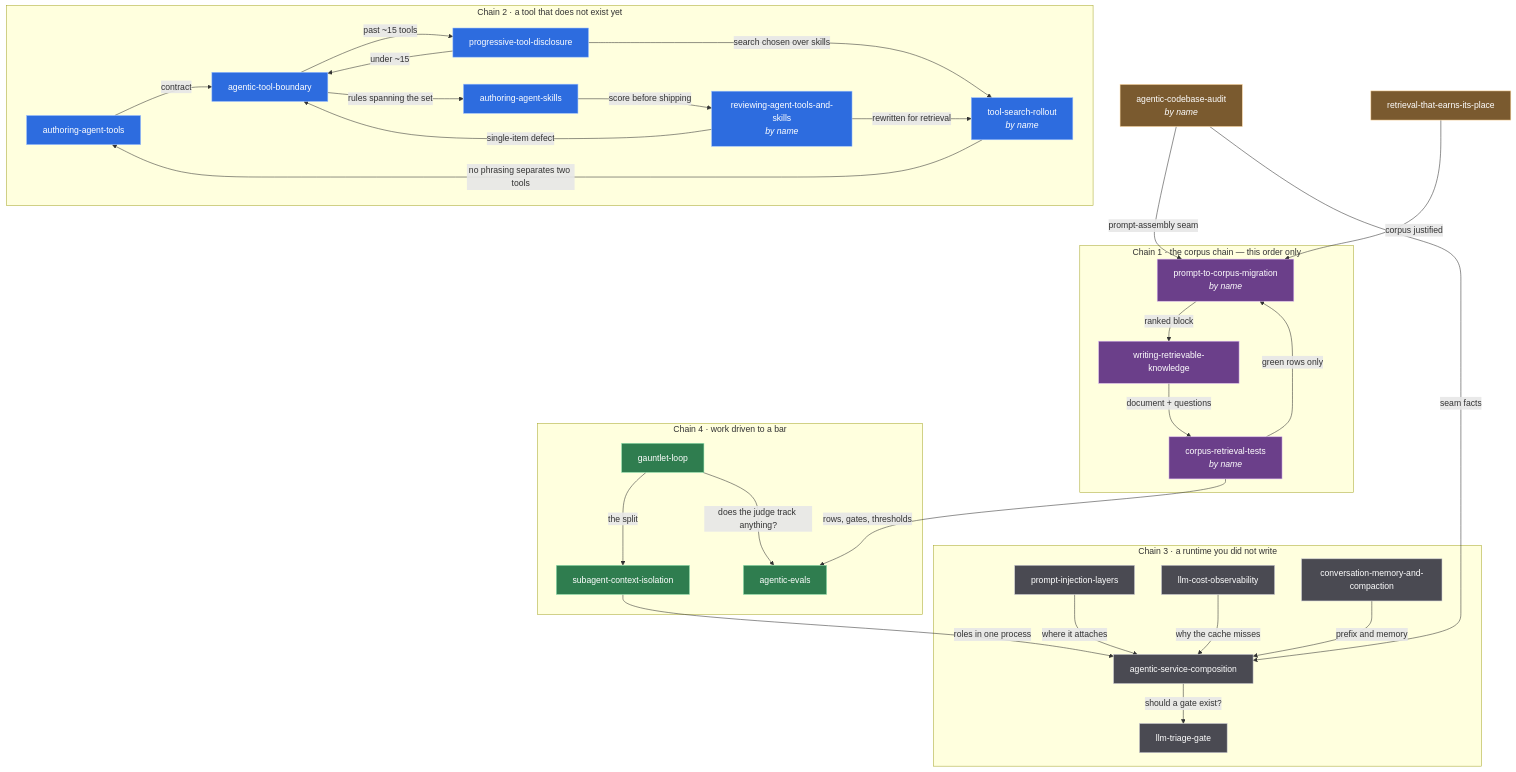
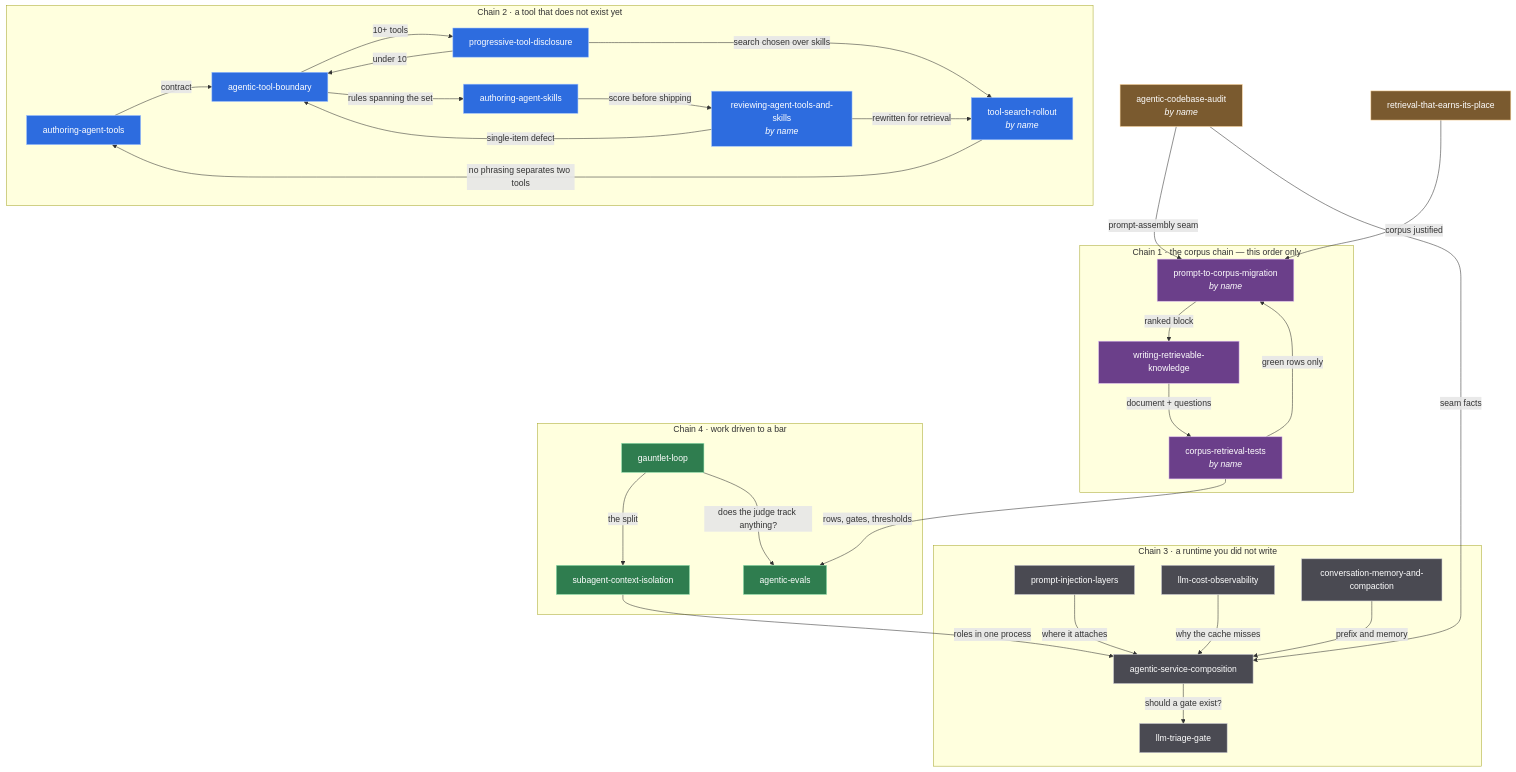
Before and after one commit to rodrigorjsf/java-micronaut-langchain4j-poc: the diagram in docs/06-skills.md, drawn with Mermaid. The commit also changed other lines of this file and 4 other files, not shown here.

````diff
--- a/docs/06-skills.md
+++ b/docs/06-skills.md
@@ -75,73 +75,73 @@
 ```mermaid
 flowchart TB
     classDef entry fill:#7a5a2f,stroke:#ffd9a0,color:#ffffff
     classDef corpus fill:#6b3f8a,stroke:#d9b8ef,color:#ffffff
     classDef tools fill:#2d6cdf,stroke:#9ec1ff,color:#ffffff
     classDef runtime fill:#4a4a52,stroke:#c9c9d1,color:#ffffff
     classDef bar fill:#2f7d4f,stroke:#9ae6b4,color:#ffffff
 
     AU["agentic-codebase-audit<br/><i>by name</i>"]
     RT["retrieval-that-earns-its-place"]
 
     subgraph C1["Chain 1 · the corpus chain — this order only"]
         PM["prompt-to-corpus-migration<br/><i>by name</i>"]
         WK["writing-retrievable-knowledge"]
         CT["corpus-retrieval-tests<br/><i>by name</i>"]
     end
 
     subgraph C2["Chain 2 · a tool that does not exist yet"]
         AT["authoring-agent-tools"]
         BND["agentic-tool-boundary"]
         PD["progressive-tool-disclosure"]
         AS["authoring-agent-skills"]
         RV["reviewing-agent-tools-and-skills<br/><i>by name</i>"]
         TSR["tool-search-rollout<br/><i>by name</i>"]
     end
 
     subgraph C3["Chain 3 · a runtime you did not write"]
         SC["agentic-service-composition"]
         PI["prompt-injection-layers"]
         CO["llm-cost-observability"]
         MEM["conversation-memory-and-compaction"]
         TG["llm-triage-gate"]
     end
 
     subgraph C4["Chain 4 · work driven to a bar"]
         GL["gauntlet-loop"]
         SA["subagent-context-isolation"]
         EV["agentic-evals"]
     end
 
     RT -->|"corpus justified"| PM
     AU -->|"prompt-assembly seam"| PM
     PM -->|"ranked block"| WK
     WK -->|"document + questions"| CT
     CT -->|"green rows only"| PM
     CT -->|"rows, gates, thresholds"| EV
 
     AT -->|"contract"| BND
-    BND -->|"past ~15 tools"| PD
-    PD -->|"under ~15"| BND
+    BND -->|"10+ tools"| PD
+    PD -->|"under 10"| BND
     BND -->|"rules spanning the set"| AS
     AS -->|"score before shipping"| RV
     RV -->|"single-item defect"| BND
     PD -->|"search chosen over skills"| TSR
     RV -->|"rewritten for retrieval"| TSR
     TSR -->|"no phrasing separates two tools"| AT
 
     AU -->|"seam facts"| SC
     PI -->|"where it attaches"| SC
     CO -->|"why the cache misses"| SC
     MEM -->|"prefix and memory"| SC
     SC -->|"should a gate exist?"| TG
 
     GL -->|"the split"| SA
     GL -->|"does the judge track anything?"| EV
     SA -->|"roles in one process"| SC
 
     class AU,RT entry
     class PM,WK,CT corpus
     class AT,BND,PD,AS,RV,TSR tools
     class SC,PI,CO,MEM,TG runtime
     class GL,SA,EV bar
 ```
````
